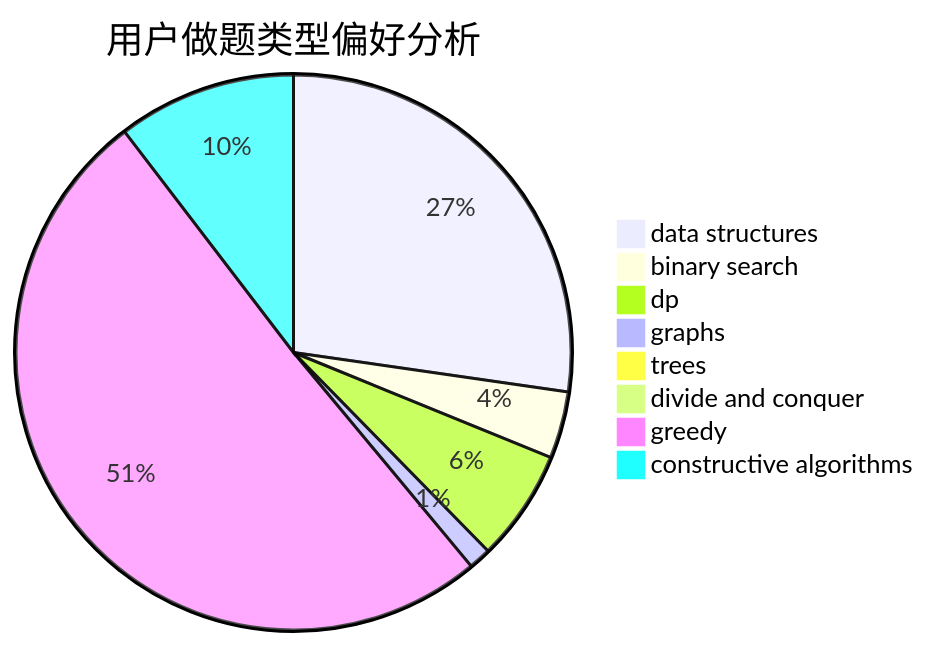
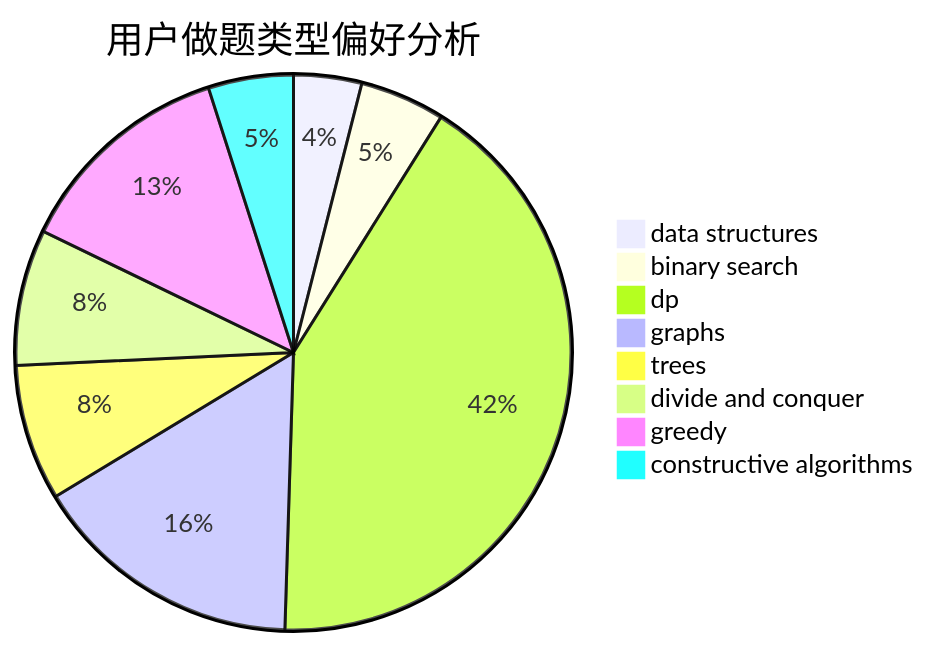
Before and after one commit to sherpahu/cfrs.github.io: the second of 3 diagrams in docs/user/u1191.md, drawn with Mermaid. The commit also changed other lines of this file and 2770 other files, not shown here.

````diff
--- a/docs/user/u1191.md
+++ b/docs/user/u1191.md
@@ -23,11 +23,11 @@
 ```mermaid
 pie title 用户做题类型偏好分析
-    "data structures" :  21
-    "binary search" :  3
-    "dp" :  5
-    "graphs" :  1
-    "trees" :  0
-    "divide and conquer" :  0
-    "greedy" :  39
-    "constructive algorithms" :  8
+    "data structures" :  4
+    "binary search" :  5
+    "dp" :  42
+    "graphs" :  16
+    "trees" :  8
+    "divide and conquer" :  8
+    "greedy" :  13
+    "constructive algorithms" :  5
 ```
````
